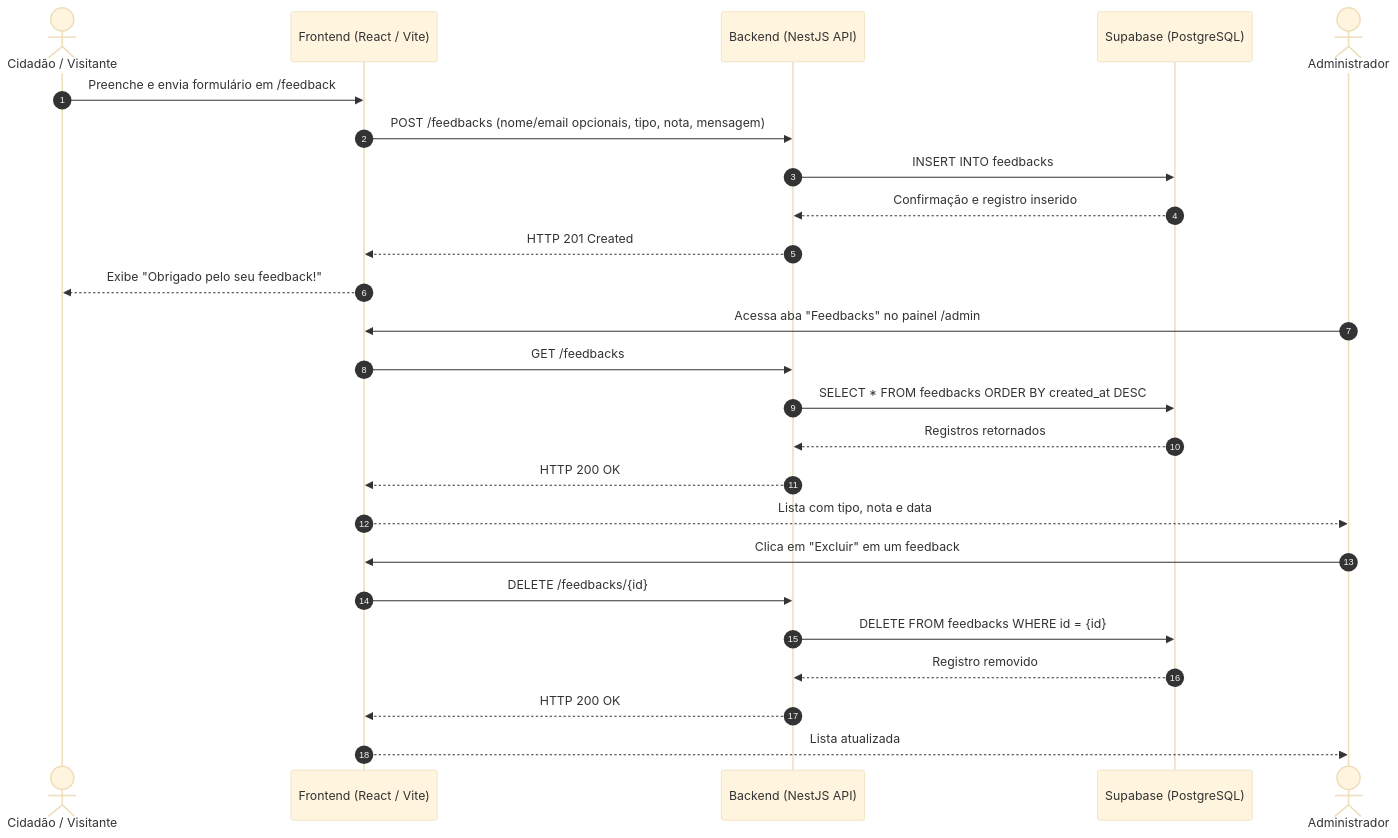
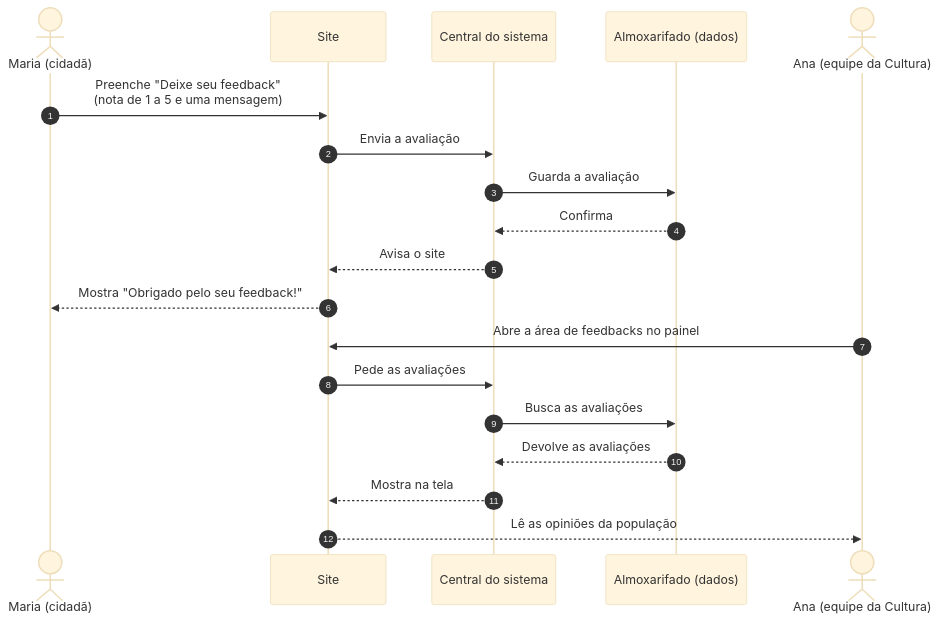
One commit to heduardowitkoski/cadastroDeArtistas changed the fifth of 8 diagrams in DIAGRAMAS_MERMAID.md. Above: the diagram before and after it, drawn with Mermaid (base theme). The commit also changed other lines of this file and 1 other file, not shown here.

Commit message:
docs: tornar diagramas mais ilustrativos e com linguagem acessivel

````diff
--- a/DIAGRAMAS_MERMAID.md
+++ b/DIAGRAMAS_MERMAID.md
@@ -191,30 +115,23 @@
 ```mermaid
 sequenceDiagram
     autonumber
-    actor Cidadao as Cidadão / Visitante
-    participant Front as Frontend (React / Vite)
-    participant Back as Backend (NestJS API)
-    participant DB as Supabase (PostgreSQL)
-    actor Admin as Administrador
+    actor M as Maria (cidadã)
+    participant S as Site
+    participant C as Central do sistema
+    participant B as Almoxarifado (dados)
+    actor A as Ana (equipe da Cultura)
 
-    Cidadao->>Front: Preenche e envia formulário em /feedback
-    Front->>Back: POST /feedbacks (nome/email opcionais, tipo, nota, mensagem)
-    Back->>DB: INSERT INTO feedbacks
-    DB-->>Back: Confirmação e registro inserido
-    Back-->>Front: HTTP 201 Created
-    Front-->>Cidadao: Exibe "Obrigado pelo seu feedback!"
+    M->>S: Preenche "Deixe seu feedback"<br/>(nota de 1 a 5 e uma mensagem)
+    S->>C: Envia a avaliação
+    C->>B: Guarda a avaliação
+    B-->>C: Confirma
+    C-->>S: Avisa o site
+    S-->>M: Mostra "Obrigado pelo seu feedback!"
 
-    Admin->>Front: Acessa aba "Feedbacks" no painel /admin
-    Front->>Back: GET /feedbacks
-    Back->>DB: SELECT * FROM feedbacks ORDER BY created_at DESC
-    DB-->>Back: Registros retornados
-    Back-->>Front: HTTP 200 OK
-    Front-->>Admin: Lista com tipo, nota e data
-
-    Admin->>Front: Clica em "Excluir" em um feedback
-    Front->>Back: DELETE /feedbacks/{id}
-    Back->>DB: DELETE FROM feedbacks WHERE id = {id}
-    DB-->>Back: Registro removido
-    Back-->>Front: HTTP 200 OK
-    Front-->>Admin: Lista atualizada
+    A->>S: Abre a área de feedbacks no painel
+    S->>C: Pede as avaliações
+    C->>B: Busca as avaliações
+    B-->>C: Devolve as avaliações
+    C-->>S: Mostra na tela
+    S-->>A: Lê as opiniões da população
 ```
````
